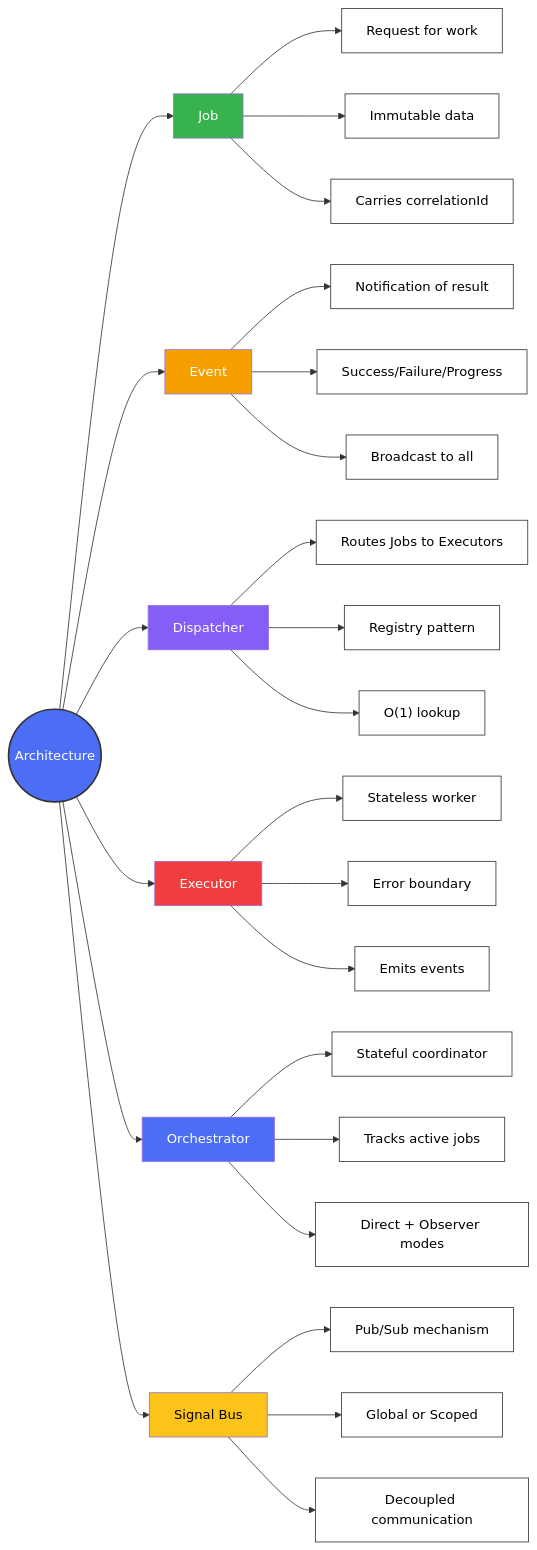
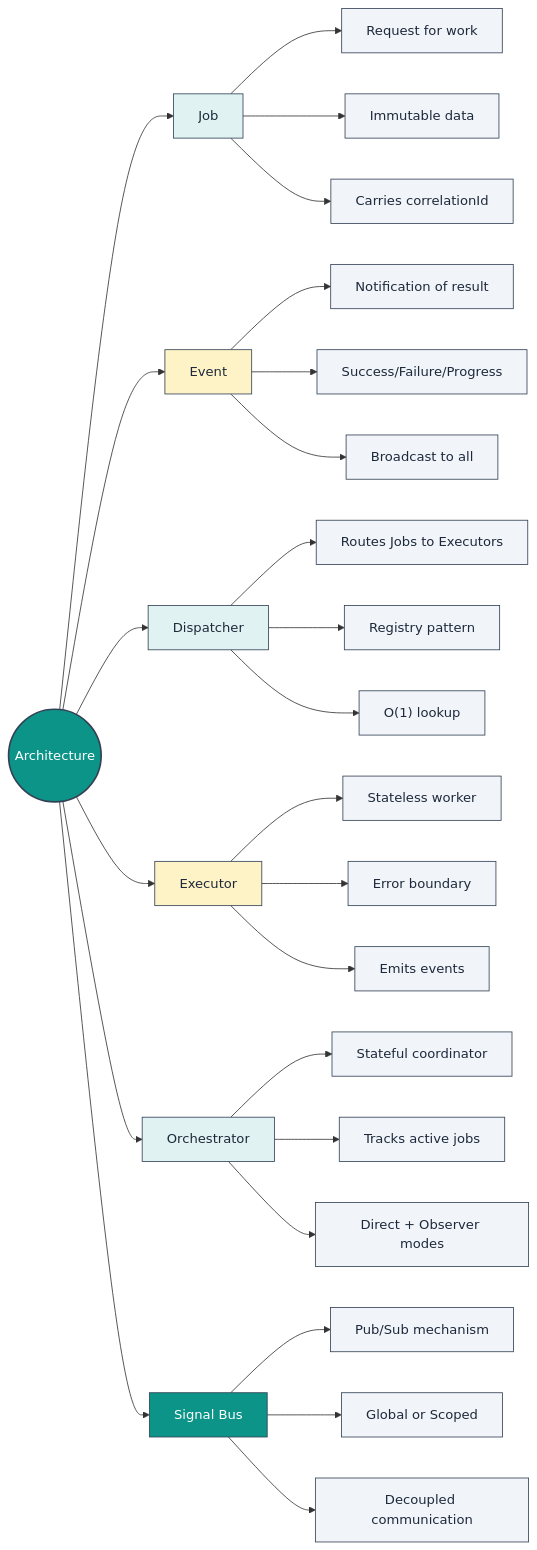
One commit to lploc94/flutter_orchestrator changed diagram 13 of 13 in book/chapters/03_core_implementation.md. Above: the diagram before and after it, drawn with Mermaid. The commit also changed other lines of this file and 3 other files, not shown here.

````diff
--- a/book/chapters/03_core_implementation.md
+++ b/book/chapters/03_core_implementation.md
@@ -323,66 +382,66 @@
 ```mermaid
 graph LR
     Root((Architecture))
     
     Root --> Job["Job"]
     Job --> J1["Request for work"]
     Job --> J2["Immutable data"]
     Job --> J3["Carries correlationId"]
     
     Root --> Event["Event"]
     Event --> E1["Notification of result"]
     Event --> E2["Success/Failure/Progress"]
     Event --> E3["Broadcast to all"]
     
     Root --> Disp["Dispatcher"]
     Disp --> D1["Routes Jobs to Executors"]
     Disp --> D2["Registry pattern"]
     Disp --> D3["O(1) lookup"]
     
     Root --> Exec["Executor"]
     Exec --> Ex1["Stateless worker"]
     Exec --> Ex2["Error boundary"]
     Exec --> Ex3["Emits events"]
     
     Root --> Orch["Orchestrator"]
     Orch --> O1["Stateful coordinator"]
     Orch --> O2["Tracks active jobs"]
     Orch --> O3["Direct + Observer modes"]
     
     Root --> Bus["Signal Bus"]
     Bus --> B1["Pub/Sub mechanism"]
     Bus --> B2["Global or Scoped"]
     Bus --> B3["Decoupled communication"]
     
-    style Root fill:#4c6ef5,stroke:#333,stroke-width:2px,color:#fff
-    style Job fill:#37b24d,color:#fff
-    style Event fill:#f59f00,color:#fff
-    style Disp fill:#845ef7,color:#fff
-    style Exec fill:#f03e3e,color:#fff
-    style Orch fill:#4c6ef5,color:#fff
-    style Bus fill:#fcc419,color:#000
+    style Root fill:#0d9488,stroke:#334155,stroke-width:2px,color:#ffffff
+    style Job fill:#e0f2f1,stroke:#334155,color:#1e293b
+    style Event fill:#fef3c7,stroke:#334155,color:#1e293b
+    style Disp fill:#e0f2f1,stroke:#334155,color:#1e293b
+    style Exec fill:#fef3c7,stroke:#334155,color:#1e293b
+    style Orch fill:#e0f2f1,stroke:#334155,color:#1e293b
+    style Bus fill:#0d9488,stroke:#334155,color:#ffffff
     
-    style J1 fill:#fff,stroke:#333,color:#000
-    style J2 fill:#fff,stroke:#333,color:#000
-    style J3 fill:#fff,stroke:#333,color:#000
+    style J1 fill:#f1f5f9,stroke:#334155,color:#1e293b
+    style J2 fill:#f1f5f9,stroke:#334155,color:#1e293b
+    style J3 fill:#f1f5f9,stroke:#334155,color:#1e293b
     
-    style E1 fill:#fff,stroke:#333,color:#000
-    style E2 fill:#fff,stroke:#333,color:#000
-    style E3 fill:#fff,stroke:#333,color:#000
+    style E1 fill:#f1f5f9,stroke:#334155,color:#1e293b
+    style E2 fill:#f1f5f9,stroke:#334155,color:#1e293b
+    style E3 fill:#f1f5f9,stroke:#334155,color:#1e293b
     
-    style D1 fill:#fff,stroke:#333,color:#000
-    style D2 fill:#fff,stroke:#333,color:#000
-    style D3 fill:#fff,stroke:#333,color:#000
+    style D1 fill:#f1f5f9,stroke:#334155,color:#1e293b
+    style D2 fill:#f1f5f9,stroke:#334155,color:#1e293b
+    style D3 fill:#f1f5f9,stroke:#334155,color:#1e293b
     
-    style Ex1 fill:#fff,stroke:#333,color:#000
-    style Ex2 fill:#fff,stroke:#333,color:#000
-    style Ex3 fill:#fff,stroke:#333,color:#000
+    style Ex1 fill:#f1f5f9,stroke:#334155,color:#1e293b
+    style Ex2 fill:#f1f5f9,stroke:#334155,color:#1e293b
+    style Ex3 fill:#f1f5f9,stroke:#334155,color:#1e293b
     
-    style O1 fill:#fff,stroke:#333,color:#000
-    style O2 fill:#fff,stroke:#333,color:#000
-    style O3 fill:#fff,stroke:#333,color:#000
+    style O1 fill:#f1f5f9,stroke:#334155,color:#1e293b
+    style O2 fill:#f1f5f9,stroke:#334155,color:#1e293b
+    style O3 fill:#f1f5f9,stroke:#334155,color:#1e293b
     
-    style B1 fill:#fff,stroke:#333,color:#000
-    style B2 fill:#fff,stroke:#333,color:#000
-    style B3 fill:#fff,stroke:#333,color:#000
+    style B1 fill:#f1f5f9,stroke:#334155,color:#1e293b
+    style B2 fill:#f1f5f9,stroke:#334155,color:#1e293b
+    style B3 fill:#f1f5f9,stroke:#334155,color:#1e293b
 ```
````
